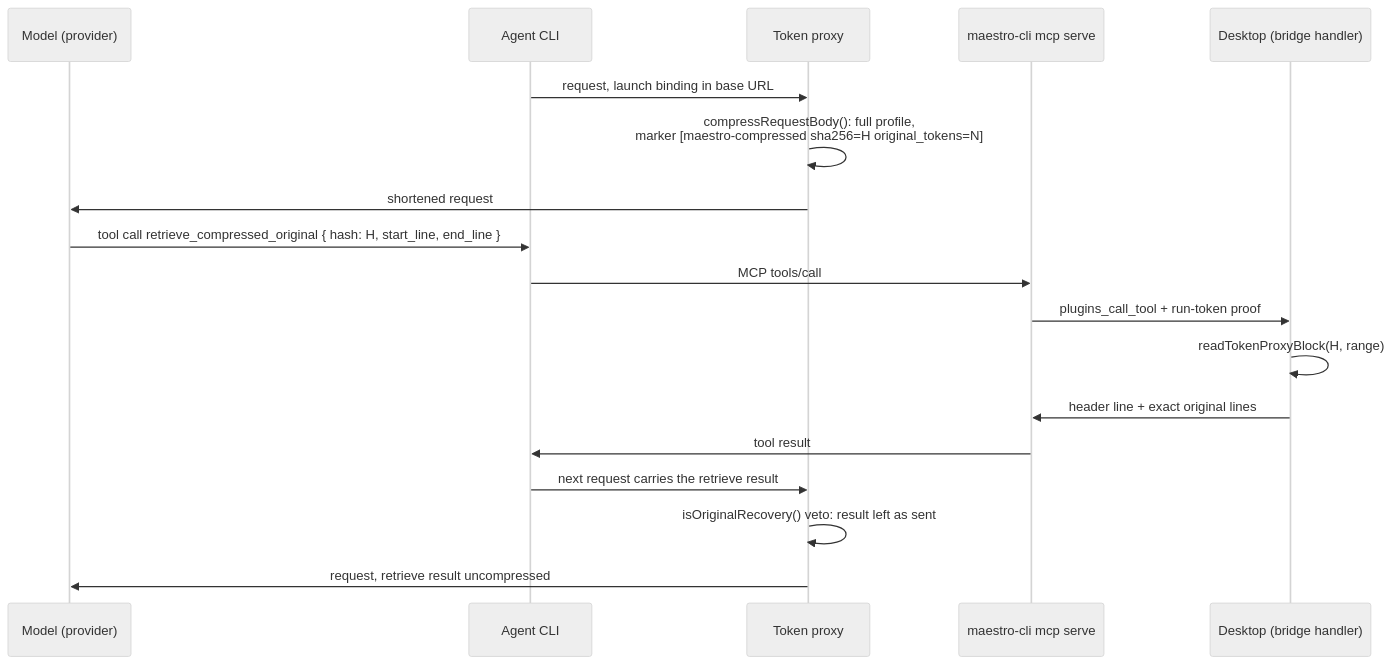
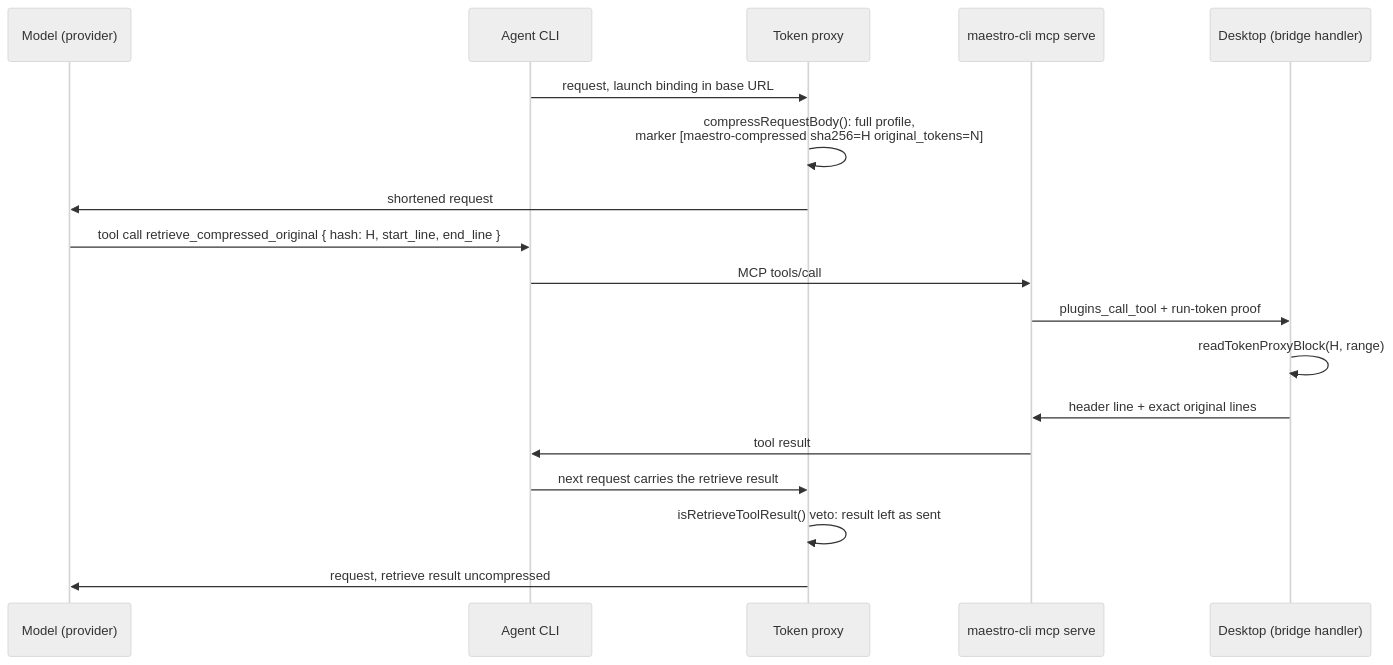
Diagram 19 of 20 in docs/architecture/local-models.md (RunMaestro/Maestro), drawn with Mermaid (neutral theme) before and after one commit. The commit also changed other lines of this file and 7 other files, not shown here.

````diff
--- a/docs/architecture/local-models.md
+++ b/docs/architecture/local-models.md
@@ -3381,20 +3381,20 @@
 ```mermaid
 sequenceDiagram
 	participant M as Model (provider)
 	participant A as Agent CLI
 	participant P as Token proxy
 	participant B as maestro-cli mcp serve
 	participant D as Desktop (bridge handler)
 	A->>P: request, launch binding in base URL
 	P->>P: compressRequestBody(): full profile,<br/>marker [maestro-compressed sha256=H original_tokens=N]
 	P->>M: shortened request
 	M->>A: tool call retrieve_compressed_original { hash: H, start_line, end_line }
 	A->>B: MCP tools/call
 	B->>D: plugins_call_tool + run-token proof
 	D->>D: readTokenProxyBlock(H, range)
 	D->>B: header line + exact original lines
 	B->>A: tool result
 	A->>P: next request carries the retrieve result
-	P->>P: isOriginalRecovery() veto: result left as sent
+	P->>P: isRetrieveToolResult() veto: result left as sent
 	P->>M: request, retrieve result uncompressed
 ```
````
